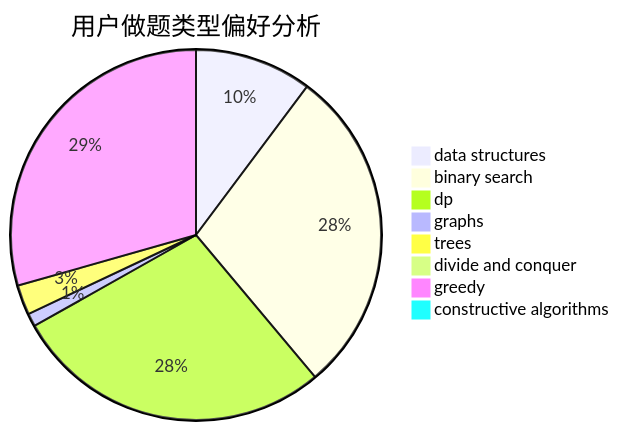
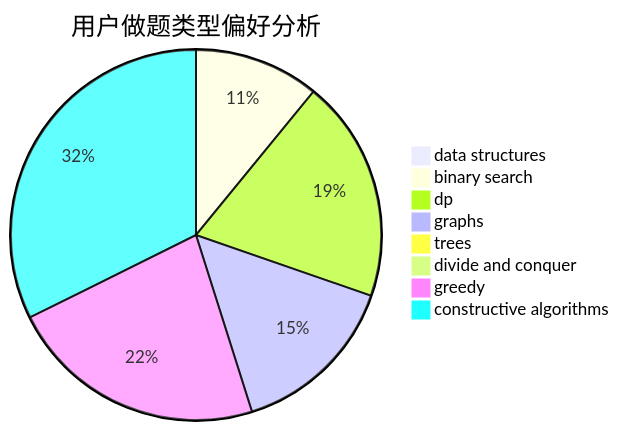
One commit to sherpahu/cfrs.github.io changed the second of 3 diagrams in docs/user/u561.md. Above: the diagram before and after it, drawn with Mermaid. The commit also changed other lines of this file and 2770 other files, not shown here.

````diff
--- a/docs/user/u561.md
+++ b/docs/user/u561.md
@@ -23,11 +23,11 @@
 ```mermaid
 pie title 用户做题类型偏好分析
-    "data structures" :  98
-    "binary search" :  275
-    "dp" :  268
-    "graphs" :  11
-    "trees" :  25
-    "divide and conquer" :  8
-    "greedy" :  282
-    "constructive algorithms" :  4
+    "data structures" :  7
+    "binary search" :  76
+    "dp" :  135
+    "graphs" :  103
+    "trees" :  2
+    "divide and conquer" :  0
+    "greedy" :  157
+    "constructive algorithms" :  225
 ```
````
